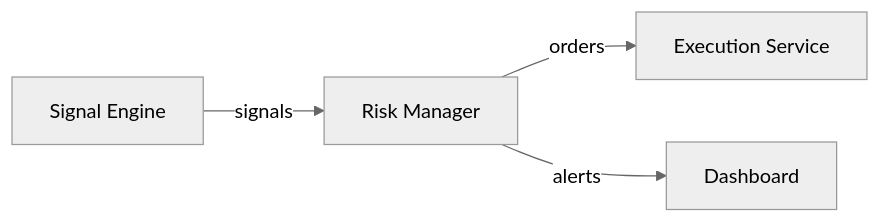
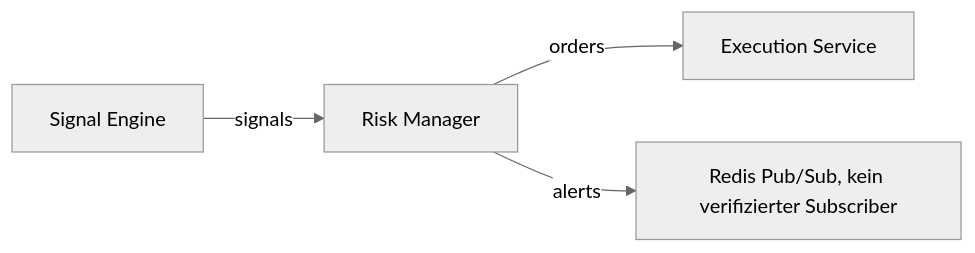
Before and after one commit to krishnavasnani07/Claire_de_Binare: the diagram in services/risk/README.md, drawn with Mermaid (neutral theme). The commit also changed other lines of this file and 2 other files, not shown here.

Commit message:
fix(alerts): remove dead TOPIC_ALERTS and correct channel docs (#1357)

````diff
--- a/services/risk/README.md
+++ b/services/risk/README.md
@@ -16,6 +16,6 @@
 ```mermaid
 flowchart LR
   SIGNAL[Signal Engine] -->|signals| RISK[Risk Manager]
   RISK -->|orders| EXEC[Execution Service]
-  RISK -->|alerts| DASH[Dashboard]
+  RISK -->|alerts| PUB[Redis Pub/Sub, kein verifizierter Subscriber]
 ```
````
